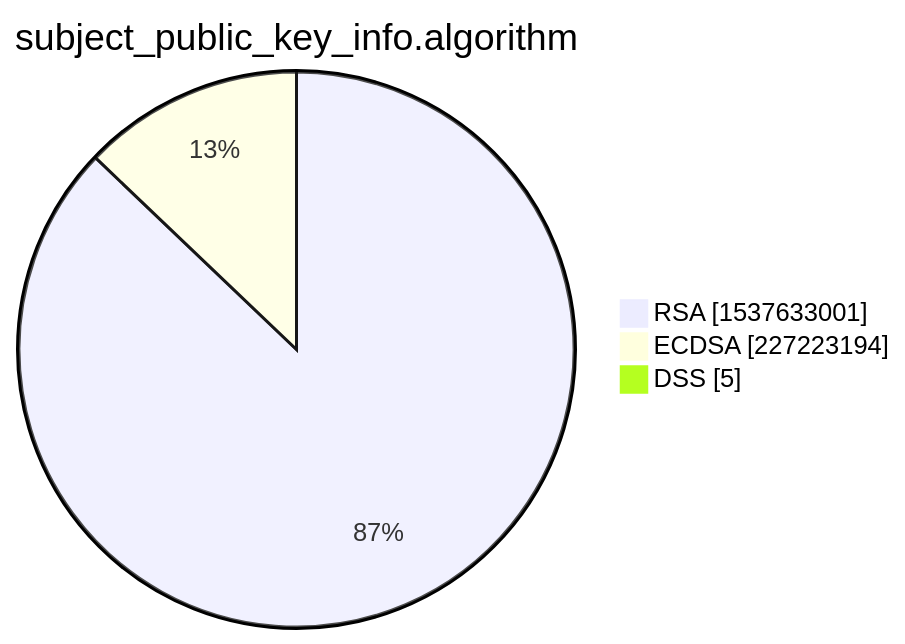
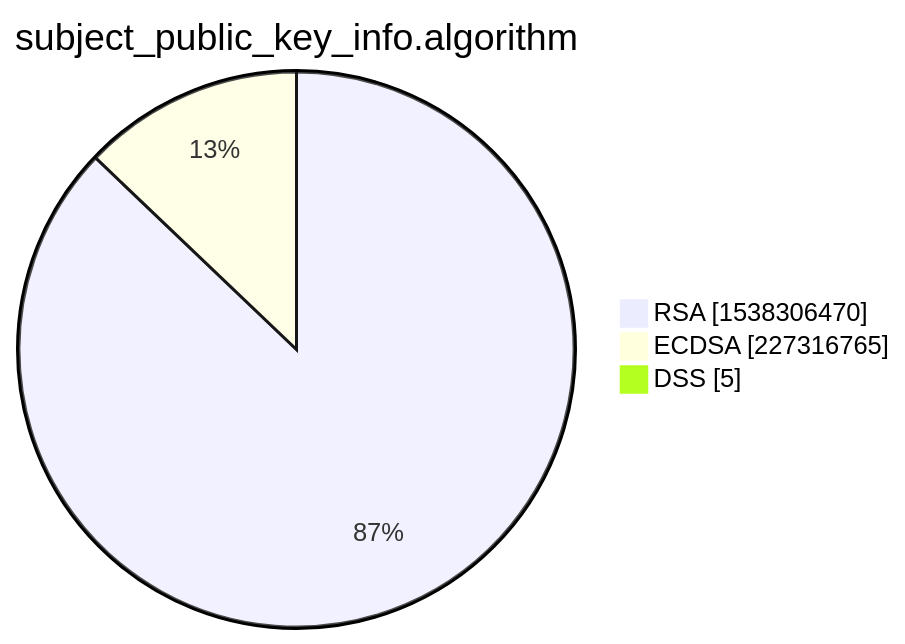
Before and after one commit to christiankrug/ctmonitor_visualization: the third of 15 diagrams in xenon2022/README.md, drawn with Mermaid. The commit also changed other lines of this file, not shown here.

````diff
--- a/xenon2022/README.md
+++ b/xenon2022/README.md
@@ -14,7 +14,7 @@
 ```mermaid
 pie showData
 title subject_public_key_info.algorithm
-"RSA" :1537633001
-"ECDSA" :227223194
+"RSA" :1538306470
+"ECDSA" :227316765
 "DSS" :5
 ```
````
